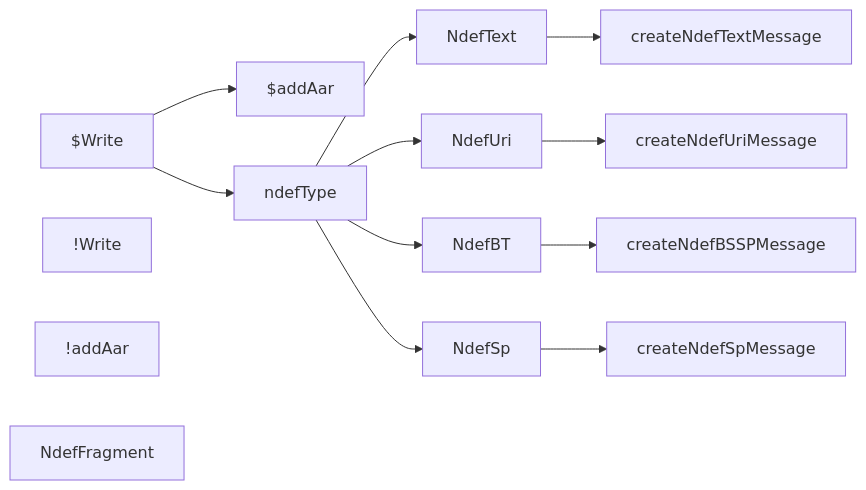
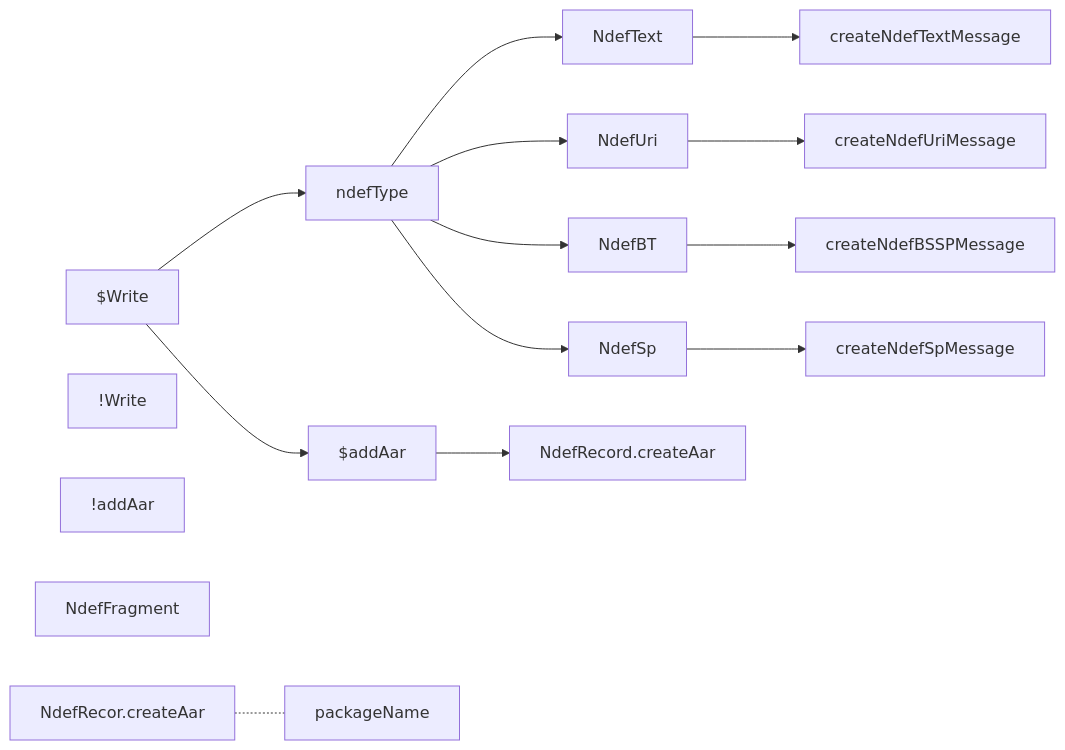
Before and after one commit to gordianknotC/nxp_note: the diagram in nxp/Demo.md, drawn with Mermaid. The commit also changed other lines of this file, not shown here.

Commit message:
nxp/Demo.md updated from https://stackedit.io/

````diff
--- a/nxp/Demo.md
+++ b/nxp/Demo.md
@@ -7,27 +7,29 @@
 ``` mermaid
 graph LR
 $Write
 !Write
 $addAar
 !addAar
 
 NdefFragment
 NdefText
 NdefUri
 NdefBT
 NdefSp
 ndefType
 
 $Write --> ndefType
 ndefType --> NdefText
 ndefType --> NdefUri
 ndefType --> NdefBT
 ndefType --> NdefSp
 NdefText --> createNdefTextMessage
 NdefUri --> createNdefUriMessage
 NdefBT --> createNdefBSSPMessage
 NdefSp --> createNdefSpMessage
 
 $Write --> $addAar
+$addAar --> NdefRecord.createAar
+NdefRecor.createAar -.- packageName
 
 ```
````
